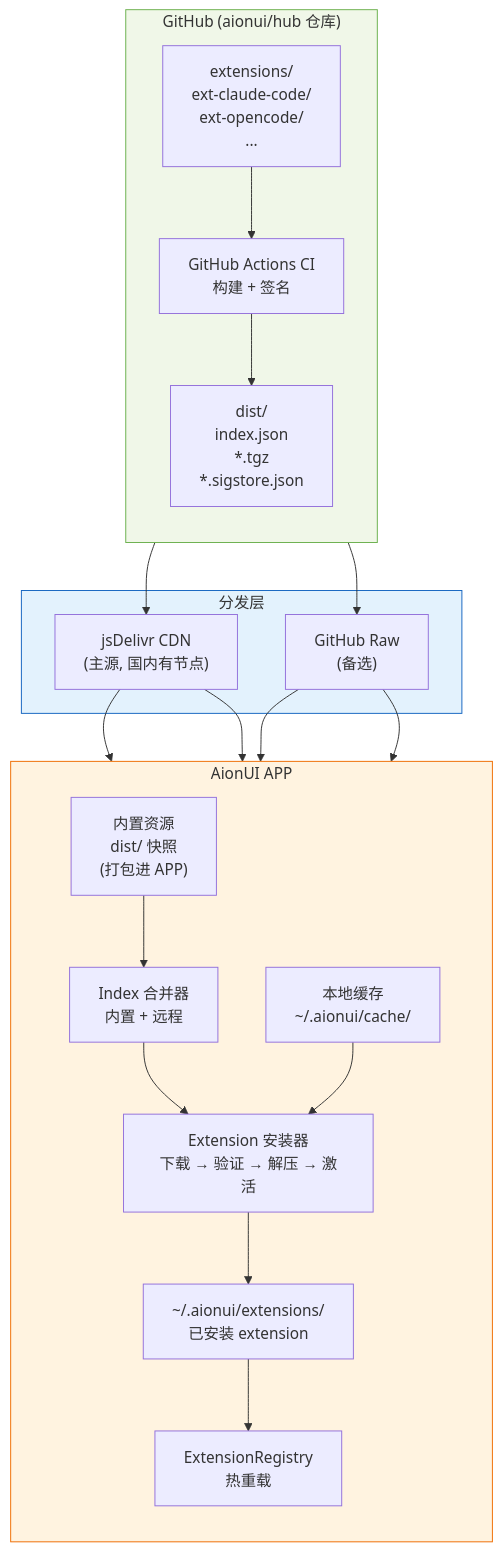
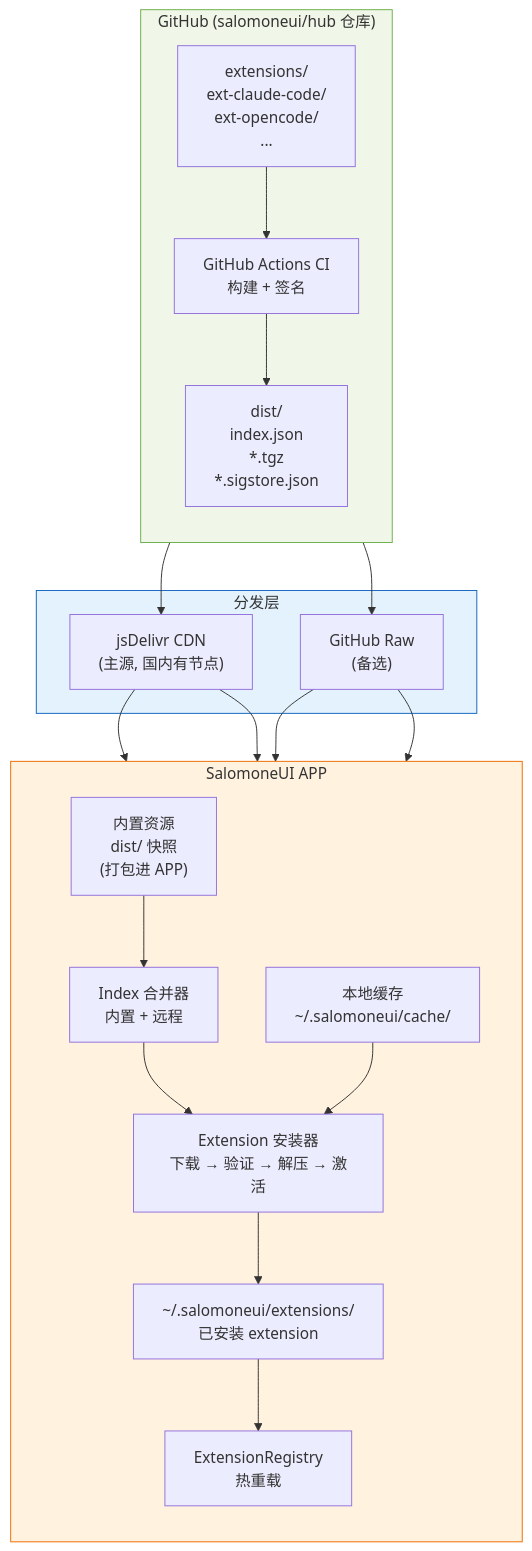
Before and after one commit to fsalamoni/omni-workspace: the diagram in frontend/docs/specs/extension-market/research/distribution-pipeline.md, drawn with Mermaid. The commit also changed other lines of this file and 1160 other files, not shown here.

````diff
--- a/frontend/docs/specs/extension-market/research/distribution-pipeline.md
+++ b/frontend/docs/specs/extension-market/research/distribution-pipeline.md
@@ -584,42 +584,42 @@
 ```mermaid
 flowchart TD
-  subgraph GitHub["GitHub (aionui/hub 仓库)"]
+  subgraph GitHub["GitHub (salomoneui/hub 仓库)"]
     direction TB
     ExtDirs["extensions/\next-claude-code/\next-opencode/\n..."]
     CI["GitHub Actions CI\n构建 + 签名"]
     Dist["dist/\nindex.json\n*.tgz\n*.sigstore.json"]
     ExtDirs --> CI --> Dist
   end
 
   subgraph CDN["分发层"]
     jsDelivr["jsDelivr CDN\n(主源, 国内有节点)"]
     GitHubRaw["GitHub Raw\n(备选)"]
   end
 
-  subgraph App["AionUI APP"]
+  subgraph App["SalomoneUI APP"]
     direction TB
     Bundled["内置资源\ndist/ 快照\n(打包进 APP)"]
     IndexMerge["Index 合并器\n内置 + 远程"]
-    Cache["本地缓存\n~/.aionui/cache/"]
+    Cache["本地缓存\n~/.salomoneui/cache/"]
     Installer["Extension 安装器\n下载 → 验证 → 解压 → 激活"]
-    ExtDir["~/.aionui/extensions/\n已安装 extension"]
+    ExtDir["~/.salomoneui/extensions/\n已安装 extension"]
     Registry["ExtensionRegistry\n热重载"]
 
     Bundled --> IndexMerge
     IndexMerge --> Installer
     Cache --> Installer
     Installer --> ExtDir
     ExtDir --> Registry
   end
 
   Dist --> jsDelivr
   Dist --> GitHubRaw
   jsDelivr --> IndexMerge
   GitHubRaw --> IndexMerge
   jsDelivr --> Installer
   GitHubRaw --> Installer
 
   style GitHub fill:#f0f7e8,stroke:#6ab04c
   style CDN fill:#e3f2fd,stroke:#1565c0
   style App fill:#fff3e0,stroke:#ef6c00
 ```
````
